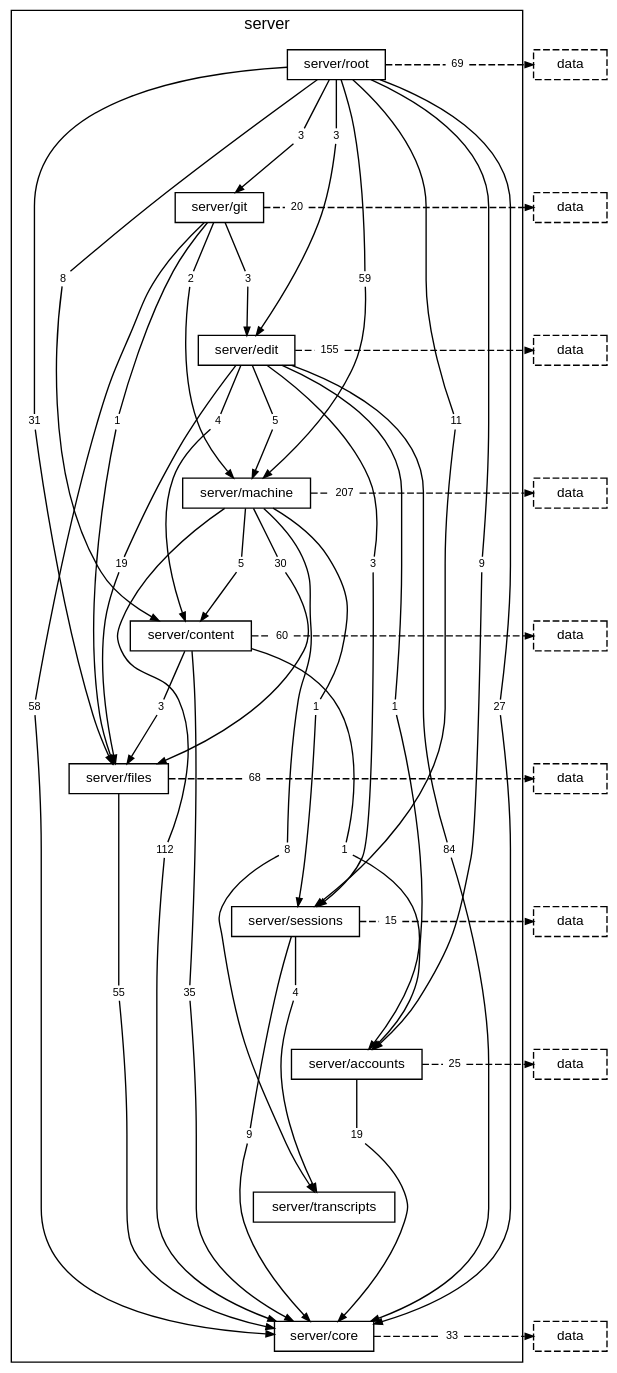
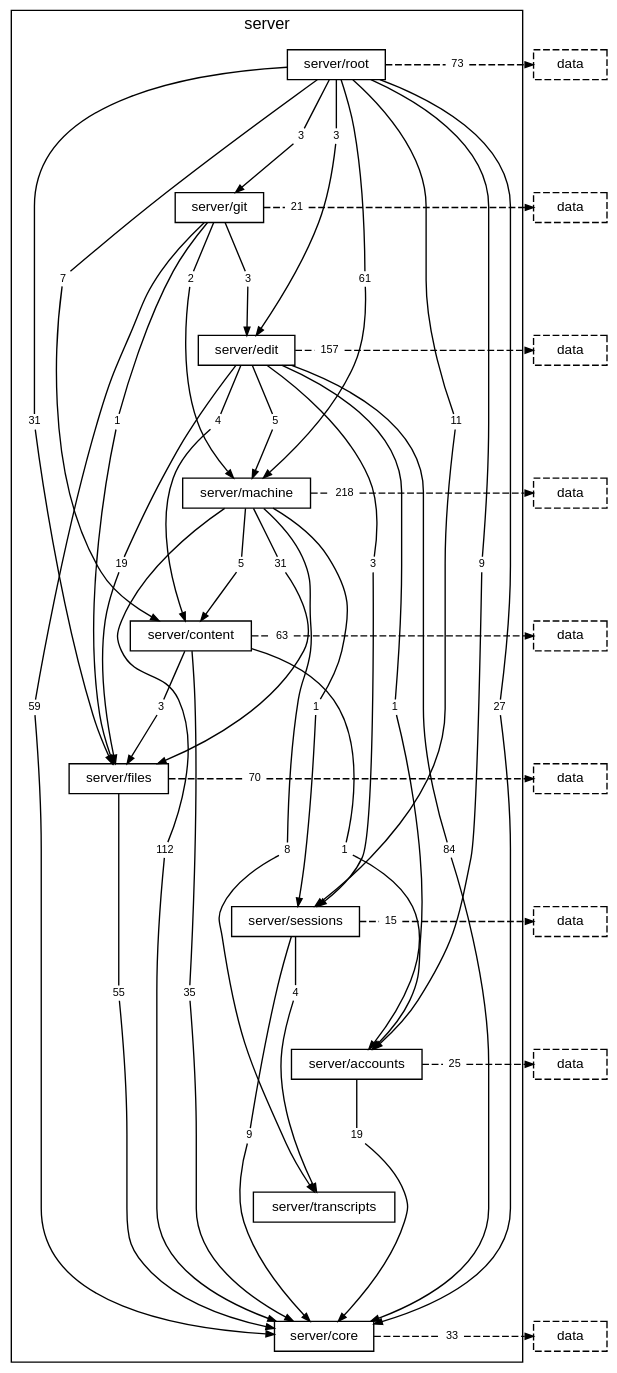
The diagram in docs/diagrams/layer-server.dot (TheAxeC/oculus), drawn with Graphviz before and after one commit. The commit also changed 472 other files, not shown here.

```diff
--- a/docs/diagrams/layer-server.dot
+++ b/docs/diagrams/layer-server.dot
@@ -15,38 +15,38 @@
         "folder server/transcripts" [label="server/transcripts"];
         "folder server/core" [label="server/core"];
         "folder server/root to folder server/accounts" [label="9", shape=box, color="transparent", fontsize=8, width=0, height=0, margin="0.04,0.02"];
-        "folder server/root to folder server/content" [label="8", shape=box, color="transparent", fontsize=8, width=0, height=0, margin="0.04,0.02"];
+        "folder server/root to folder server/content" [label="7", shape=box, color="transparent", fontsize=8, width=0, height=0, margin="0.04,0.02"];
         "folder server/root to folder server/core" [label="27", shape=box, color="transparent", fontsize=8, width=0, height=0, margin="0.04,0.02"];
         "folder server/root to folder server/edit" [label="3", shape=box, color="transparent", fontsize=8, width=0, height=0, margin="0.04,0.02"];
         "folder server/root to folder server/files" [label="31", shape=box, color="transparent", fontsize=8, width=0, height=0, margin="0.04,0.02"];
         "folder server/root to folder server/git" [label="3", shape=box, color="transparent", fontsize=8, width=0, height=0, margin="0.04,0.02"];
-        "folder server/root to folder server/machine" [label="59", shape=box, color="transparent", fontsize=8, width=0, height=0, margin="0.04,0.02"];
+        "folder server/root to folder server/machine" [label="61", shape=box, color="transparent", fontsize=8, width=0, height=0, margin="0.04,0.02"];
         "folder server/root to folder server/sessions" [label="11", shape=box, color="transparent", fontsize=8, width=0, height=0, margin="0.04,0.02"];
-        "folder server/root to layer data" [label="69", shape=box, color="transparent", fontsize=8, width=0, height=0, margin="0.04,0.02"];
-        "folder server/git to folder server/core" [label="58", shape=box, color="transparent", fontsize=8, width=0, height=0, margin="0.04,0.02"];
+        "folder server/root to layer data" [label="73", shape=box, color="transparent", fontsize=8, width=0, height=0, margin="0.04,0.02"];
+        "folder server/git to folder server/core" [label="59", shape=box, color="transparent", fontsize=8, width=0, height=0, margin="0.04,0.02"];
         "folder server/git to folder server/edit" [label="3", shape=box, color="transparent", fontsize=8, width=0, height=0, margin="0.04,0.02"];
         "folder server/git to folder server/files" [label="1", shape=box, color="transparent", fontsize=8, width=0, height=0, margin="0.04,0.02"];
         "folder server/git to folder server/machine" [label="2", shape=box, color="transparent", fontsize=8, width=0, height=0, margin="0.04,0.02"];
-        "folder server/git to layer data" [label="20", shape=box, color="transparent", fontsize=8, width=0, height=0, margin="0.04,0.02"];
+        "folder server/git to layer data" [label="21", shape=box, color="transparent", fontsize=8, width=0, height=0, margin="0.04,0.02"];
         "folder server/edit to folder server/accounts" [label="1", shape=box, color="transparent", fontsize=8, width=0, height=0, margin="0.04,0.02"];
         "folder server/edit to folder server/content" [label="4", shape=box, color="transparent", fontsize=8, width=0, height=0, margin="0.04,0.02"];
         "folder server/edit to folder server/core" [label="84", shape=box, color="transparent", fontsize=8, width=0, height=0, margin="0.04,0.02"];
         "folder server/edit to folder server/files" [label="19", shape=box, color="transparent", fontsize=8, width=0, height=0, margin="0.04,0.02"];
         "folder server/edit to folder server/machine" [label="5", shape=box, color="transparent", fontsize=8, width=0, height=0, margin="0.04,0.02"];
         "folder server/edit to folder server/sessions" [label="3", shape=box, color="transparent", fontsize=8, width=0, height=0, margin="0.04,0.02"];
-        "folder server/edit to layer data" [label="155", shape=box, color="transparent", fontsize=8, width=0, height=0, margin="0.04,0.02"];
+        "folder server/edit to layer data" [label="157", shape=box, color="transparent", fontsize=8, width=0, height=0, margin="0.04,0.02"];
         "folder server/machine to folder server/content" [label="5", shape=box, color="transparent", fontsize=8, width=0, height=0, margin="0.04,0.02"];
         "folder server/machine to folder server/core" [label="112", shape=box, color="transparent", fontsize=8, width=0, height=0, margin="0.04,0.02"];
-        "folder server/machine to folder server/files" [label="30", shape=box, color="transparent", fontsize=8, width=0, height=0, margin="0.04,0.02"];
+        "folder server/machine to folder server/files" [label="31", shape=box, color="transparent", fontsize=8, width=0, height=0, margin="0.04,0.02"];
         "folder server/machine to folder server/sessions" [label="1", shape=box, color="transparent", fontsize=8, width=0, height=0, margin="0.04,0.02"];
         "folder server/machine to folder server/transcripts" [label="8", shape=box, color="transparent", fontsize=8, width=0, height=0, margin="0.04,0.02"];
-        "folder server/machine to layer data" [label="207", shape=box, color="transparent", fontsize=8, width=0, height=0, margin="0.04,0.02"];
+        "folder server/machine to layer data" [label="218", shape=box, color="transparent", fontsize=8, width=0, height=0, margin="0.04,0.02"];
         "folder server/content to folder server/accounts" [label="1", shape=box, color="transparent", fontsize=8, width=0, height=0, margin="0.04,0.02"];
         "folder server/content to folder server/core" [label="35", shape=box, color="transparent", fontsize=8, width=0, height=0, margin="0.04,0.02"];
         "folder server/content to folder server/files" [label="3", shape=box, color="transparent", fontsize=8, width=0, height=0, margin="0.04,0.02"];
-        "folder server/content to layer data" [label="60", shape=box, color="transparent", fontsize=8, width=0, height=0, margin="0.04,0.02"];
+        "folder server/content to layer data" [label="63", shape=box, color="transparent", fontsize=8, width=0, height=0, margin="0.04,0.02"];
         "folder server/files to folder server/core" [label="55", shape=box, color="transparent", fontsize=8, width=0, height=0, margin="0.04,0.02"];
-        "folder server/files to layer data" [label="68", shape=box, color="transparent", fontsize=8, width=0, height=0, margin="0.04,0.02"];
+        "folder server/files to layer data" [label="70", shape=box, color="transparent", fontsize=8, width=0, height=0, margin="0.04,0.02"];
         "folder server/sessions to folder server/core" [label="9", shape=box, color="transparent", fontsize=8, width=0, height=0, margin="0.04,0.02"];
         "folder server/sessions to folder server/transcripts" [label="4", shape=box, color="transparent", fontsize=8, width=0, height=0, margin="0.04,0.02"];
         "folder server/sessions to layer data" [label="15", shape=box, color="transparent", fontsize=8, width=0, height=0, margin="0.04,0.02"];
```
